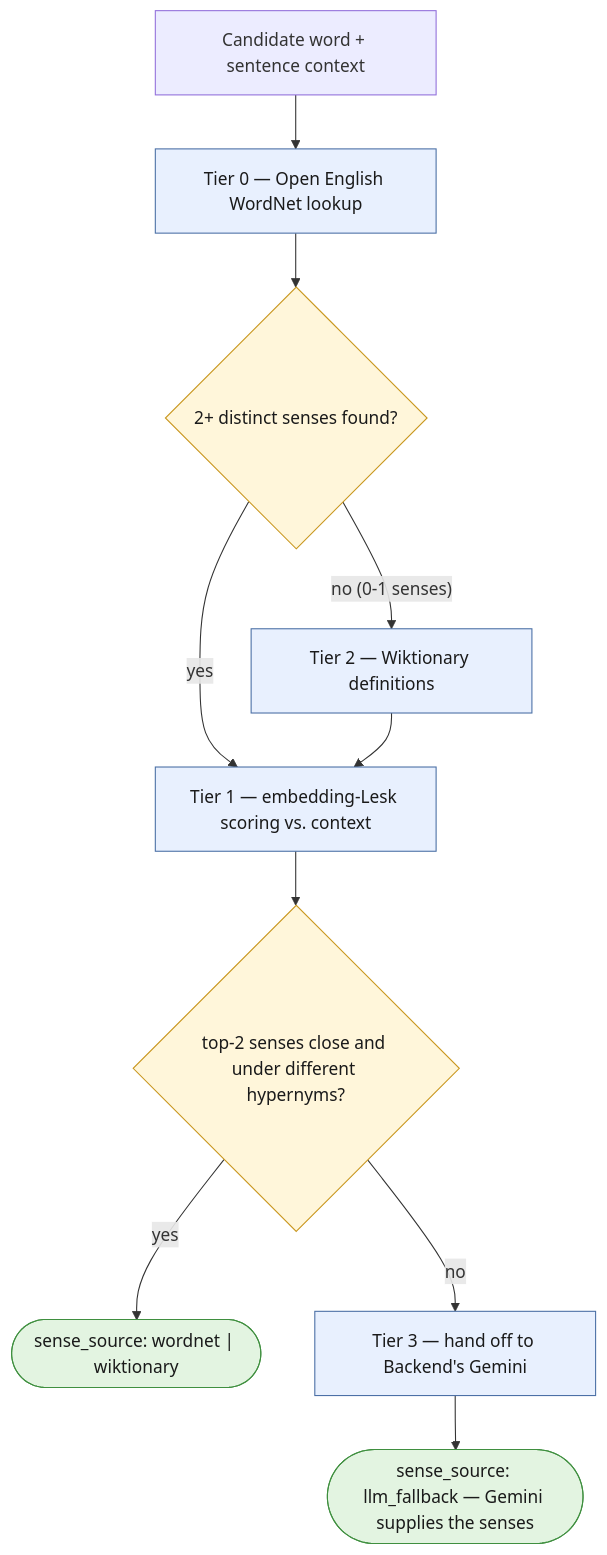
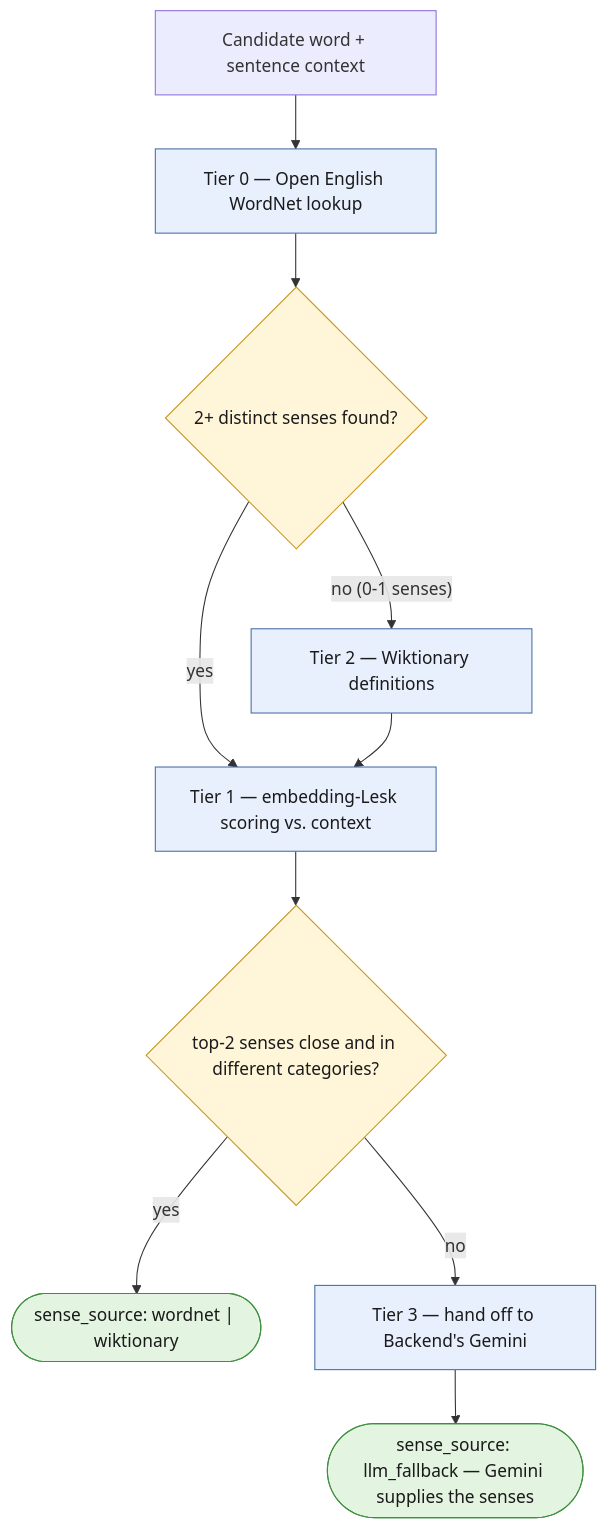
The second of 2 diagrams in docs/design/sense-selection.md (Groverpr93/pun-analysis-agent), drawn with Mermaid before and after one commit. The commit also changed other lines of this file and 12 other files, not shown here.

````diff
--- a/docs/design/sense-selection.md
+++ b/docs/design/sense-selection.md
@@ -31,19 +31,19 @@
 ```mermaid
 flowchart TD
     IN["Candidate word + sentence context"] --> T0["Tier 0 — Open English WordNet lookup"]
     T0 --> D0{"2+ distinct senses found?"}
     D0 -- "yes" --> T1["Tier 1 — embedding-Lesk scoring vs. context"]
     D0 -- "no (0-1 senses)" --> T2["Tier 2 — Wiktionary definitions"]
     T2 --> T1
-    T1 --> D1{"top-2 senses close and under different hypernyms?"}
+    T1 --> D1{"top-2 senses close and in different categories?"}
     D1 -- "yes" --> OK1(["sense_source: wordnet | wiktionary"])
     D1 -- "no" --> T3["Tier 3 — hand off to Backend's Gemini"]
     T3 --> OK2(["sense_source: llm_fallback — Gemini supplies the senses"])
 
     classDef tier fill:#e8f0fe,stroke:#4a6fa5,color:#1a1a1a;
     classDef decision fill:#fff6da,stroke:#c9971f,color:#1a1a1a;
     classDef success fill:#e3f4e1,stroke:#3f8f3f,color:#1a1a1a;
     class T0,T1,T2,T3 tier;
     class D0,D1 decision;
     class OK1,OK2 success;
 ```
````
